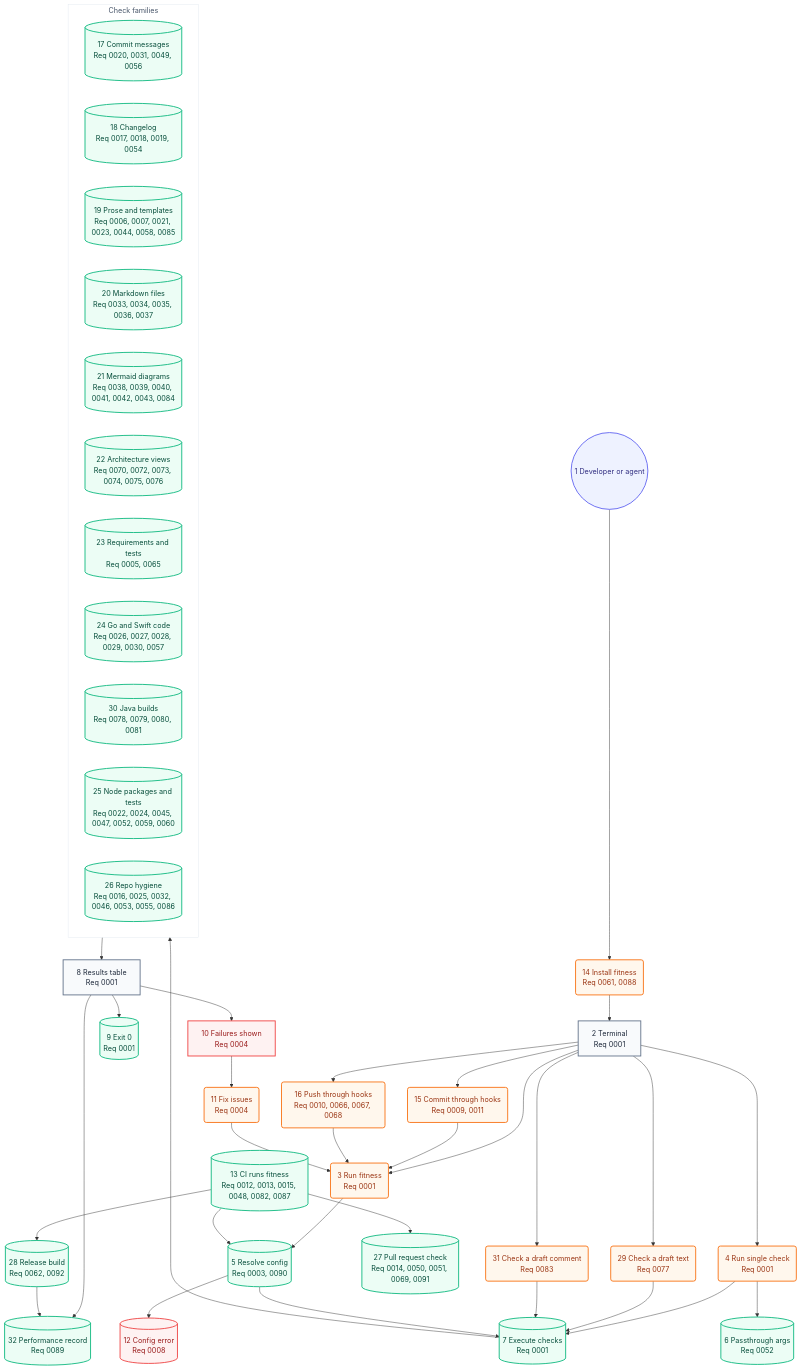
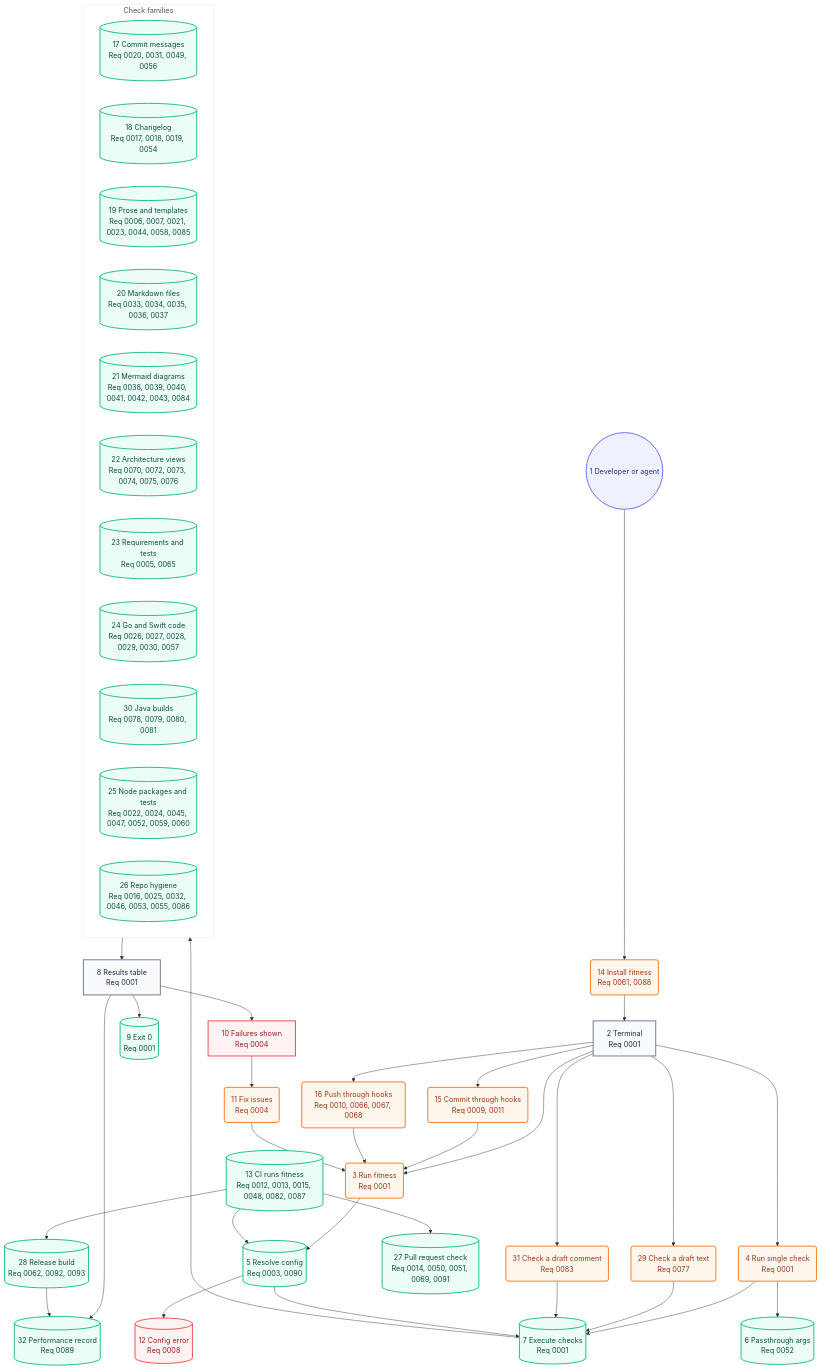
Before and after one commit to may-journal/fitness-runner: the second of 2 diagrams in docs/architecture/05-user-journey.md, drawn with Mermaid. The commit also changed 7 other files, not shown here.

````diff
--- a/docs/architecture/05-user-journey.md
+++ b/docs/architecture/05-user-journey.md
@@ -40,76 +40,76 @@
 ```mermaid
 flowchart TB
     dev((1 Developer or agent)):::persona
     install(14 Install fitness<br/>Req 0061, 0088):::action
     terminal[2 Terminal<br/>Req 0001]:::screen
     runFull(3 Run fitness<br/>Req 0001):::action
     runSingle(4 Run single check<br/>Req 0001):::action
     runBlob(29 Check a draft text<br/>Req 0077):::action
     runComment(31 Check a draft comment<br/>Req 0083):::action
     commitHook(15 Commit through hooks<br/>Req 0009, 0011):::action
     pushHook(16 Push through hooks<br/>Req 0010, 0066, 0067, 0068):::action
     resolveConfig[(5 Resolve config<br/>Req 0003, 0090)]:::system
     passArgs[(6 Passthrough args<br/>Req 0052)]:::system
     executeChecks[(7 Execute checks<br/>Req 0001)]:::system
 
     subgraph checks["Check families"]
         commitChecks[(17 Commit messages<br/>Req 0020, 0031, 0049, 0056)]:::system
         changelogChecks[(18 Changelog<br/>Req 0017, 0018, 0019, 0054)]:::system
         proseChecks[(19 Prose and templates<br/>Req 0006, 0007, 0021, 0023, 0044, 0058, 0085)]:::system
         markdownChecks[(20 Markdown files<br/>Req 0033, 0034, 0035, 0036, 0037)]:::system
         mermaidChecks[(21 Mermaid diagrams<br/>Req 0038, 0039, 0040, 0041, 0042, 0043, 0084)]:::system
         architectureChecks[(22 Architecture views<br/>Req 0070, 0072, 0073, 0074, 0075, 0076)]:::system
         requirementChecks[(23 Requirements and tests<br/>Req 0005, 0065)]:::system
         goSwiftChecks[(24 Go and Swift code<br/>Req 0026, 0027, 0028, 0029, 0030, 0057)]:::system
         javaChecks[(30 Java builds<br/>Req 0078, 0079, 0080, 0081)]:::system
         nodeChecks[(25 Node packages and tests<br/>Req 0022, 0024, 0045, 0047, 0052, 0059, 0060)]:::system
         repoChecks[(26 Repo hygiene<br/>Req 0016, 0025, 0032, 0046, 0053, 0055, 0086)]:::system
     end
 
     resultsTable[8 Results table<br/>Req 0001]:::screen
     exitZero[(9 Exit 0<br/>Req 0001)]:::system
     failuresShown[10 Failures shown<br/>Req 0004]:::blocked
     fixIssues(11 Fix issues<br/>Req 0004):::action
     configError[(12 Config error<br/>Req 0008)]:::blocked
     ciRun[(13 CI runs fitness<br/>Req 0012, 0013, 0015, 0048, 0082, 0087)]:::system
     prCheck[(27 Pull request check<br/>Req 0014, 0050, 0051, 0069, 0091)]:::system
-    release[(28 Release build<br/>Req 0062, 0092)]:::system
+    release[(28 Release build<br/>Req 0062, 0092, 0093)]:::system
     perfRecord[(32 Performance record<br/>Req 0089)]:::system
 
     dev --> install
     install --> terminal
     terminal --> runFull
     terminal --> runSingle
     terminal --> commitHook
     terminal --> pushHook
     terminal --> runBlob
     terminal --> runComment
     commitHook --> runFull
     pushHook --> runFull
     runFull --> resolveConfig
     runSingle --> executeChecks
     runSingle --> passArgs
     runBlob --> executeChecks
     runComment --> executeChecks
     resolveConfig --> executeChecks
     resolveConfig --> configError
     executeChecks --> checks
     checks --> resultsTable
     resultsTable --> exitZero
     resultsTable --> failuresShown
     failuresShown --> fixIssues
     fixIssues --> runFull
     ciRun --> resolveConfig
     ciRun --> prCheck
     ciRun --> release
     resultsTable --> perfRecord
     release --> perfRecord
 
     classDef persona fill:#eef2ff,stroke:#6366f1,color:#312e81,stroke-width:2px
     classDef screen fill:#f8fafc,stroke:#64748b,color:#1e293b,stroke-width:2px
     classDef action fill:#fff7ed,stroke:#f97316,color:#9a3412,stroke-width:2px
     classDef system fill:#ecfdf5,stroke:#10b981,color:#064e3b,stroke-width:2px
     classDef blocked fill:#fef2f2,stroke:#ef4444,color:#991b1b,stroke-width:2px
 
     style checks fill:#ffffff,stroke:#e2e8f0,color:#475569,stroke-width:1px
 ```
````
